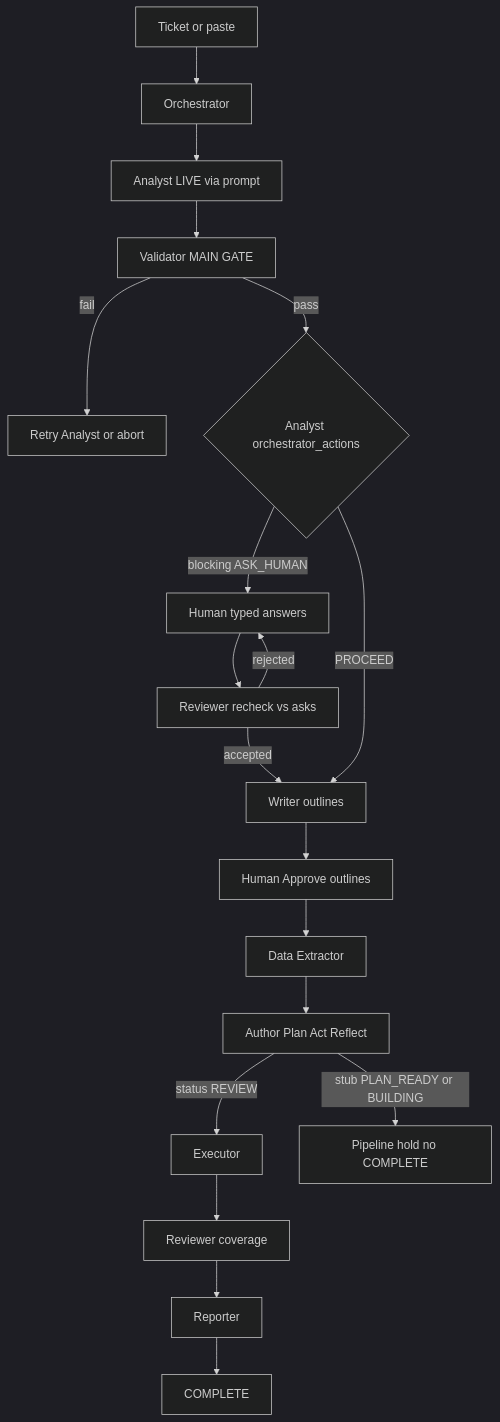
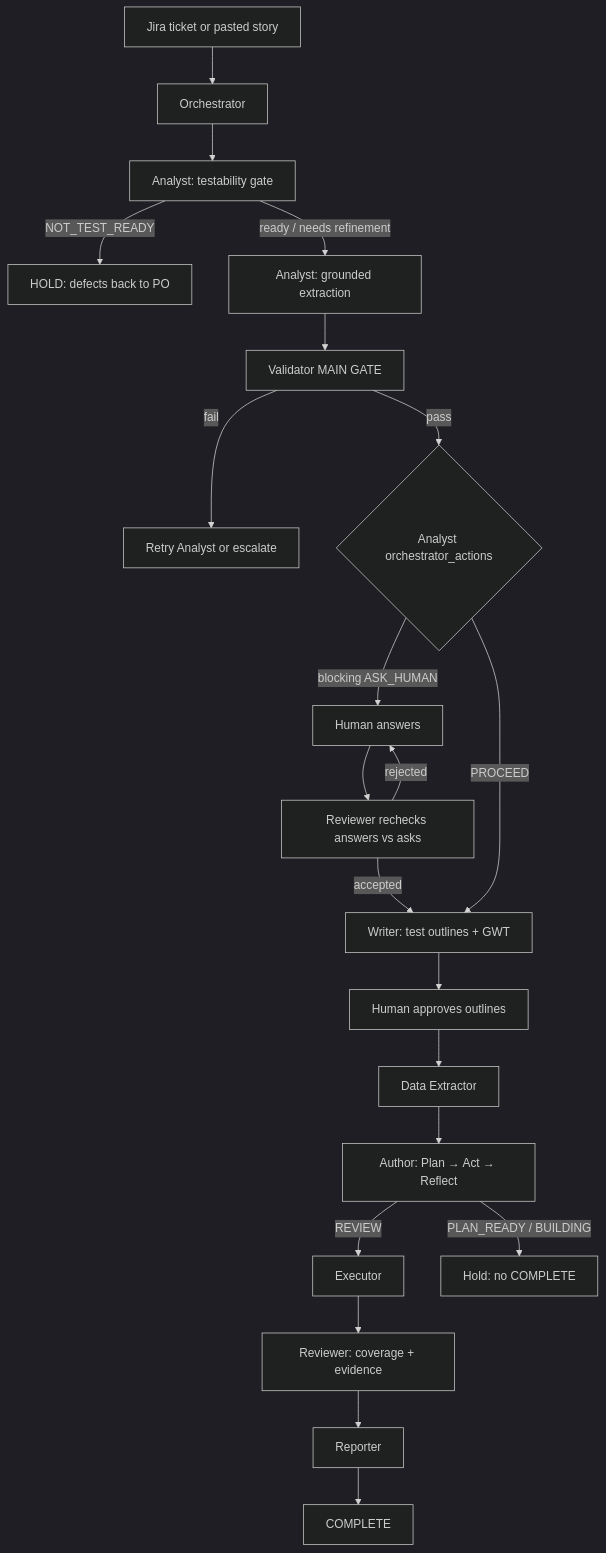
One commit to AzzaMahmoud1/qa-agent-farm changed the diagram in README.md. Above: the diagram before and after it, drawn with Mermaid (dark theme). The commit also changed other lines of this file, not shown here.

````diff
--- a/README.md
+++ b/README.md
@@ -15,21 +66,23 @@
 ```mermaid
 flowchart TD
-  start[Ticket or paste] --> orch[Orchestrator]
-  orch --> analyst[Analyst LIVE via prompt]
+  start[Jira ticket or pasted story] --> orch[Orchestrator]
+  orch --> gate[Analyst: testability gate]
+  gate -->|NOT_TEST_READY| po[HOLD: defects back to PO]
+  gate -->|ready / needs refinement| analyst[Analyst: grounded extraction]
   analyst --> valA[Validator MAIN GATE]
-  valA -->|fail| retryA[Retry Analyst or abort]
+  valA -->|fail| retryA[Retry Analyst or escalate]
   valA -->|pass| actions{Analyst orchestrator_actions}
-  actions -->|blocking ASK_HUMAN| human[Human typed answers]
-  human --> recheck[Reviewer recheck vs asks]
+  actions -->|blocking ASK_HUMAN| human[Human answers]
+  human --> recheck[Reviewer rechecks answers vs asks]
   recheck -->|rejected| human
   recheck -->|accepted| writer
-  actions -->|PROCEED| writer[Writer outlines]
-  writer --> approve[Human Approve outlines]
+  actions -->|PROCEED| writer[Writer: test outlines + GWT]
+  writer --> approve[Human approves outlines]
   approve --> data[Data Extractor]
-  data --> author[Author Plan Act Reflect]
-  author -->|status REVIEW| exec[Executor]
-  author -->|stub PLAN_READY or BUILDING| hold[Pipeline hold no COMPLETE]
-  exec --> rev[Reviewer coverage]
+  data --> author[Author: Plan → Act → Reflect]
+  author -->|REVIEW| exec[Executor]
+  author -->|PLAN_READY / BUILDING| hold[Hold: no COMPLETE]
+  exec --> rev[Reviewer: coverage + evidence]
   rev --> rep[Reporter]
   rep --> done[COMPLETE]
 ```
````
